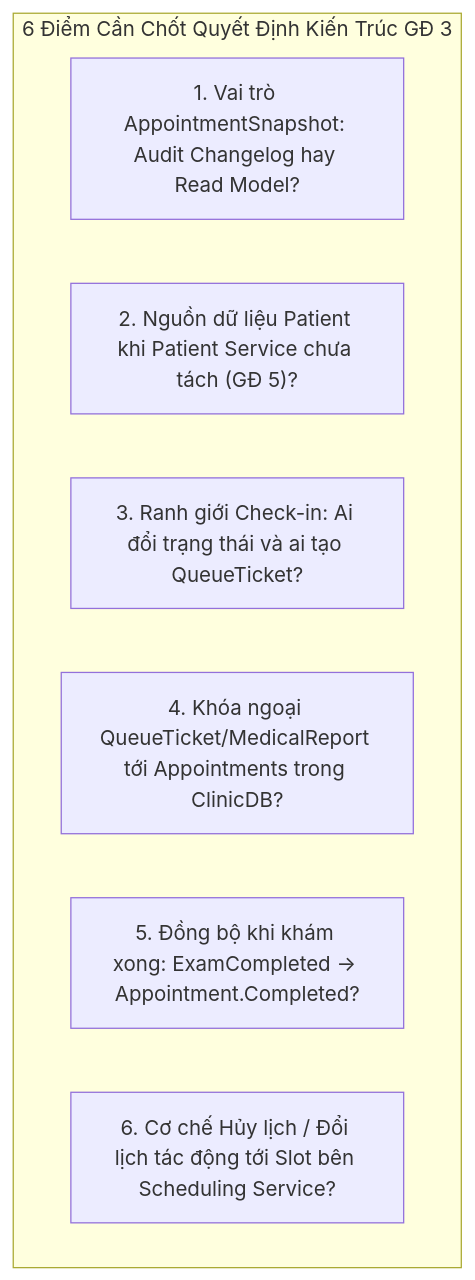
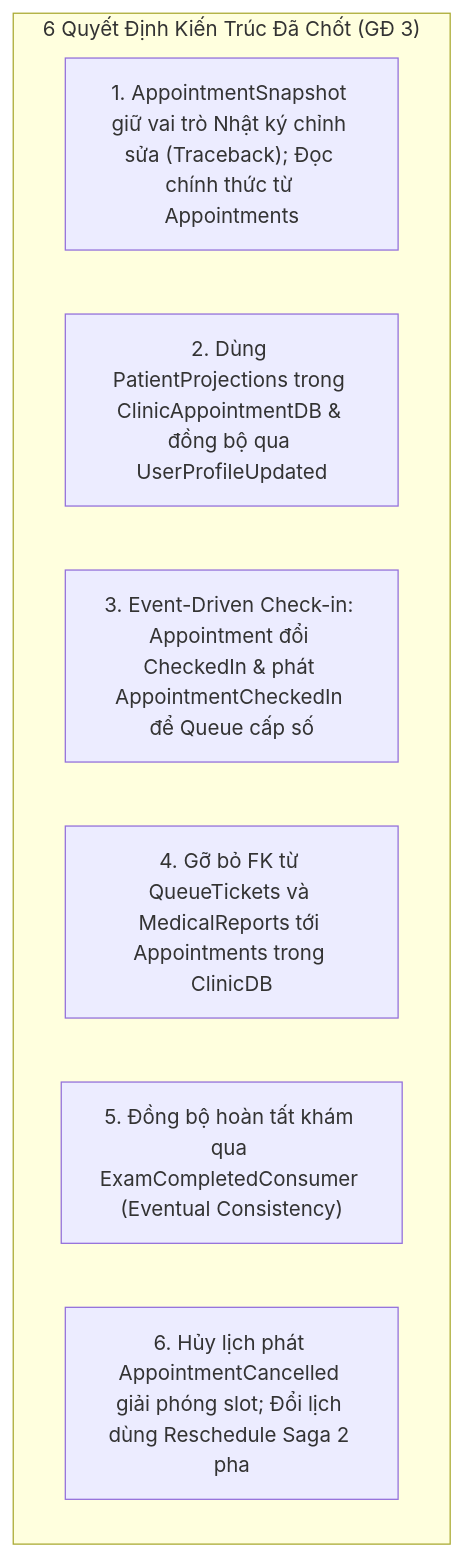
The first of 6 diagrams in tasks/PHASE_3_APPOINTMENT_SERVICE_EXECUTION_PLAN_MEMBER_A.md (Cuong190105/Clinic_Appointment_Booking_Queue_Management_System), drawn with Mermaid before and after one commit. The commit also changed other lines of this file and 3 other files, not shown here.

````diff
--- a/tasks/PHASE_3_APPOINTMENT_SERVICE_EXECUTION_PLAN_MEMBER_A.md
+++ b/tasks/PHASE_3_APPOINTMENT_SERVICE_EXECUTION_PLAN_MEMBER_A.md
@@ -39,11 +39,11 @@
 ```mermaid
 flowchart TD
-    subgraph Conflicts ["6 Điểm Cần Chốt Quyết Định Kiến Trúc GĐ 3"]
-        C1["1. Vai trò AppointmentSnapshot: Audit Changelog hay Read Model?"]
-        C2["2. Nguồn dữ liệu Patient khi Patient Service chưa tách (GĐ 5)?"]
-        C3["3. Ranh giới Check-in: Ai đổi trạng thái và ai tạo QueueTicket?"]
-        C4["4. Khóa ngoại QueueTicket/MedicalReport tới Appointments trong ClinicDB?"]
-        C5["5. Đồng bộ khi khám xong: ExamCompleted -> Appointment.Completed?"]
-        C6["6. Cơ chế Hủy lịch / Đổi lịch tác động tới Slot bên Scheduling Service?"]
+    subgraph Decisions ["6 Quyết Định Kiến Trúc Đã Chốt (GĐ 3)"]
+        D1["1. AppointmentSnapshot giữ vai trò Nhật ký chỉnh sửa (Traceback); Đọc chính thức từ Appointments"]
+        D2["2. Dùng PatientProjections trong ClinicAppointmentDB & đồng bộ qua UserProfileUpdated"]
+        D3["3. Event-Driven Check-in: Appointment đổi CheckedIn & phát AppointmentCheckedIn để Queue cấp số"]
+        D4["4. Gỡ bỏ FK từ QueueTickets và MedicalReports tới Appointments trong ClinicDB"]
+        D5["5. Đồng bộ hoàn tất khám qua ExamCompletedConsumer (Eventual Consistency)"]
+        D6["6. Hủy lịch phát AppointmentCancelled giải phóng slot; Đổi lịch dùng Reschedule Saga 2 pha"]
     end
 ```
````
